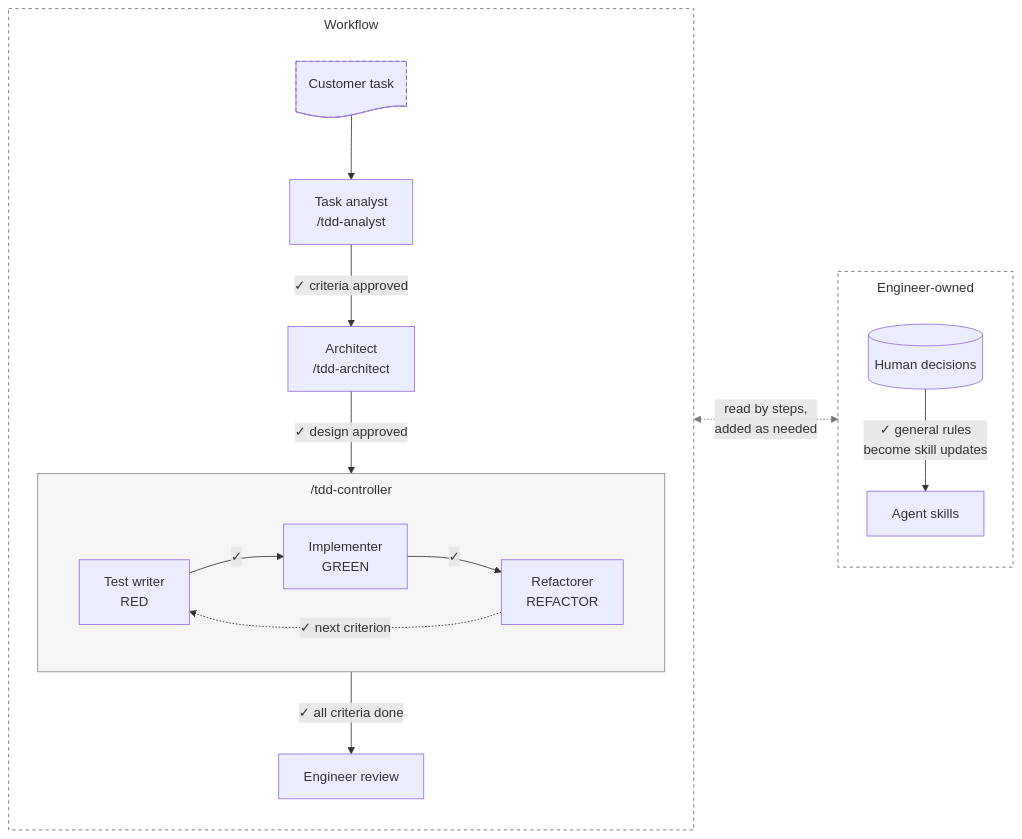
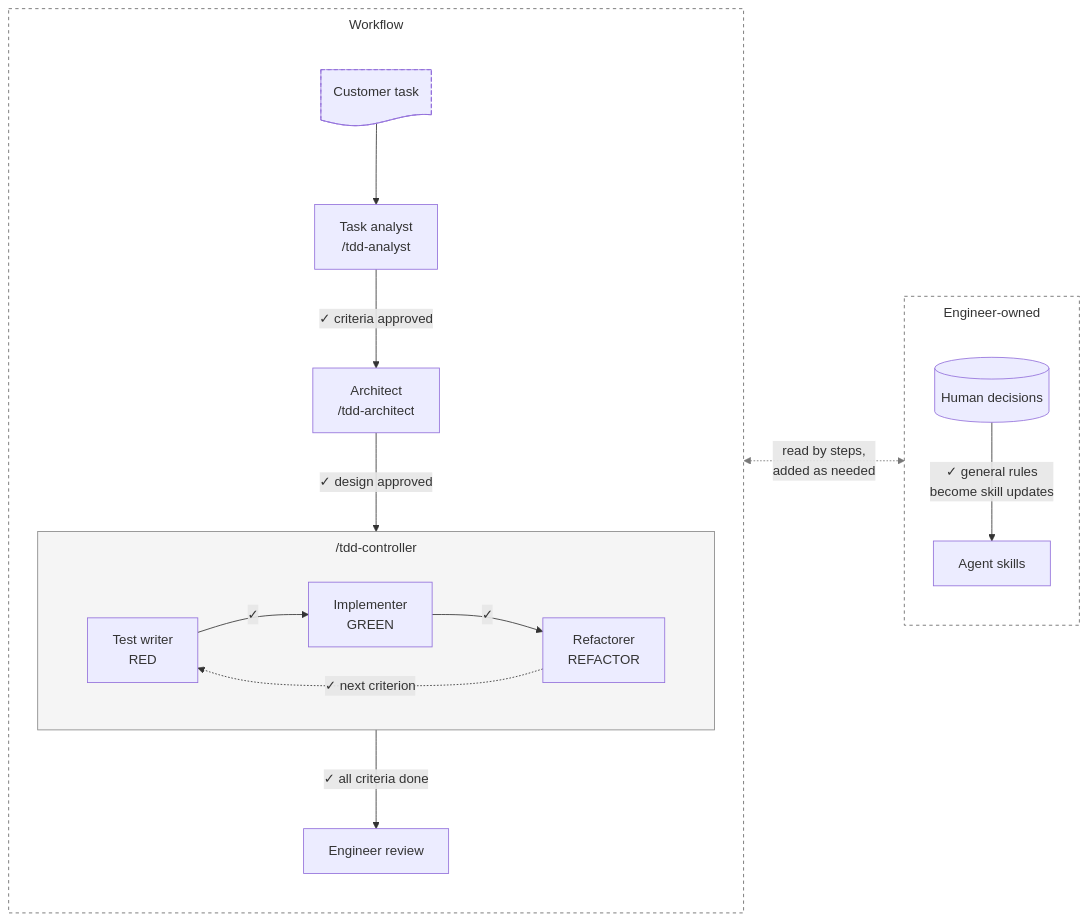
The diagram in README.md (michal-pekala/AgenticTDD), drawn with Mermaid before and after one commit.

Commit message:
Lengthen vertical edges so diagram labels sit clear of arrows

````diff
--- a/README.md
+++ b/README.md
@@ -12,38 +12,38 @@
 ```mermaid
-%%{init: {"flowchart": {"subGraphTitleMargin": {"top": 8, "bottom": 18}}}}%%
+%%{init: {"flowchart": {"rankSpacing": 70, "subGraphTitleMargin": {"top": 8, "bottom": 18}}}}%%
 flowchart LR
     subgraph WF ["Workflow"]
         direction TB
         T@{ shape: doc, label: "Customer task" }
         T --> A["Task analyst<br/>/tdd-analyst"]
         A -->|"✓ criteria approved"| R["Architect<br/>/tdd-architect"]
         R -->|"✓ design approved"| C
 
         subgraph C ["/tdd-controller"]
             direction LR
             W["Test writer<br/>RED"]
             I["Implementer<br/>GREEN"]
             F["Refactorer<br/>REFACTOR"]
             W -->|"✓"| I
             I -->|"✓"| F
             F -.->|"✓ next criterion"| W
         end
 
         C -->|"✓ all criteria done"| E["Engineer review"]
     end
 
     subgraph H ["Engineer-owned"]
         direction TB
         D[("Human decisions")]
         S["Agent skills"]
         D -->|"✓ general rules<br/>become skill updates"| S
     end
 
     WF <-.->|"read by steps,<br/>added as needed"| H
 
     linkStyle 8 stroke:#777,stroke-width:1px
     style WF fill:none,stroke:#666,stroke-dasharray:4 4
     style H fill:none,stroke:#666,stroke-dasharray:4 4
     style C fill:#80808014,stroke:#888
     style T stroke-dasharray:5 3
 ```
````
